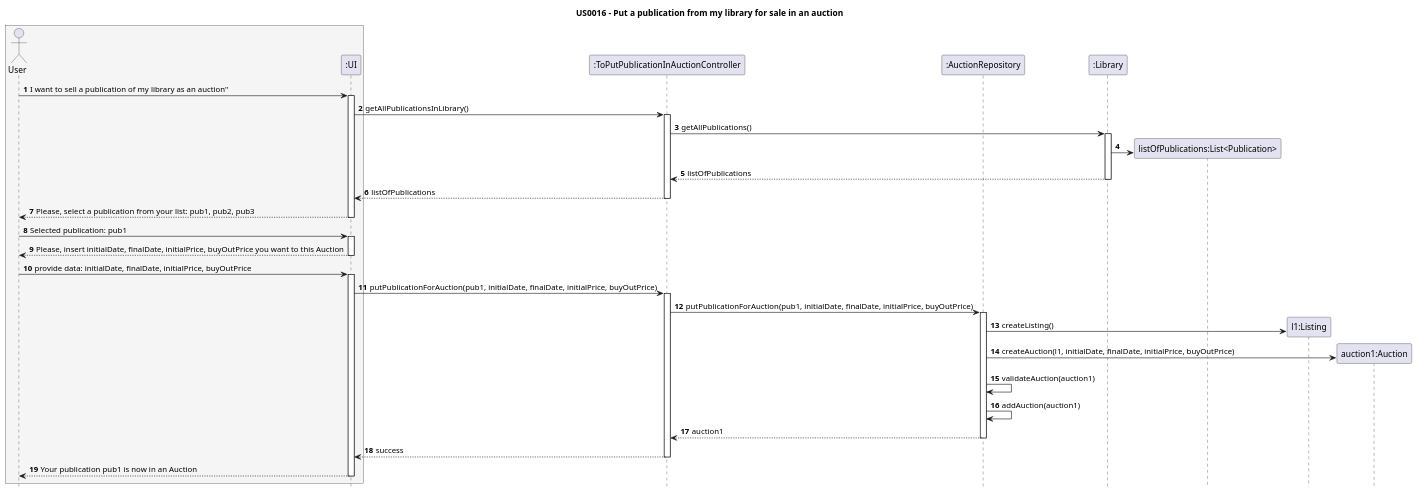
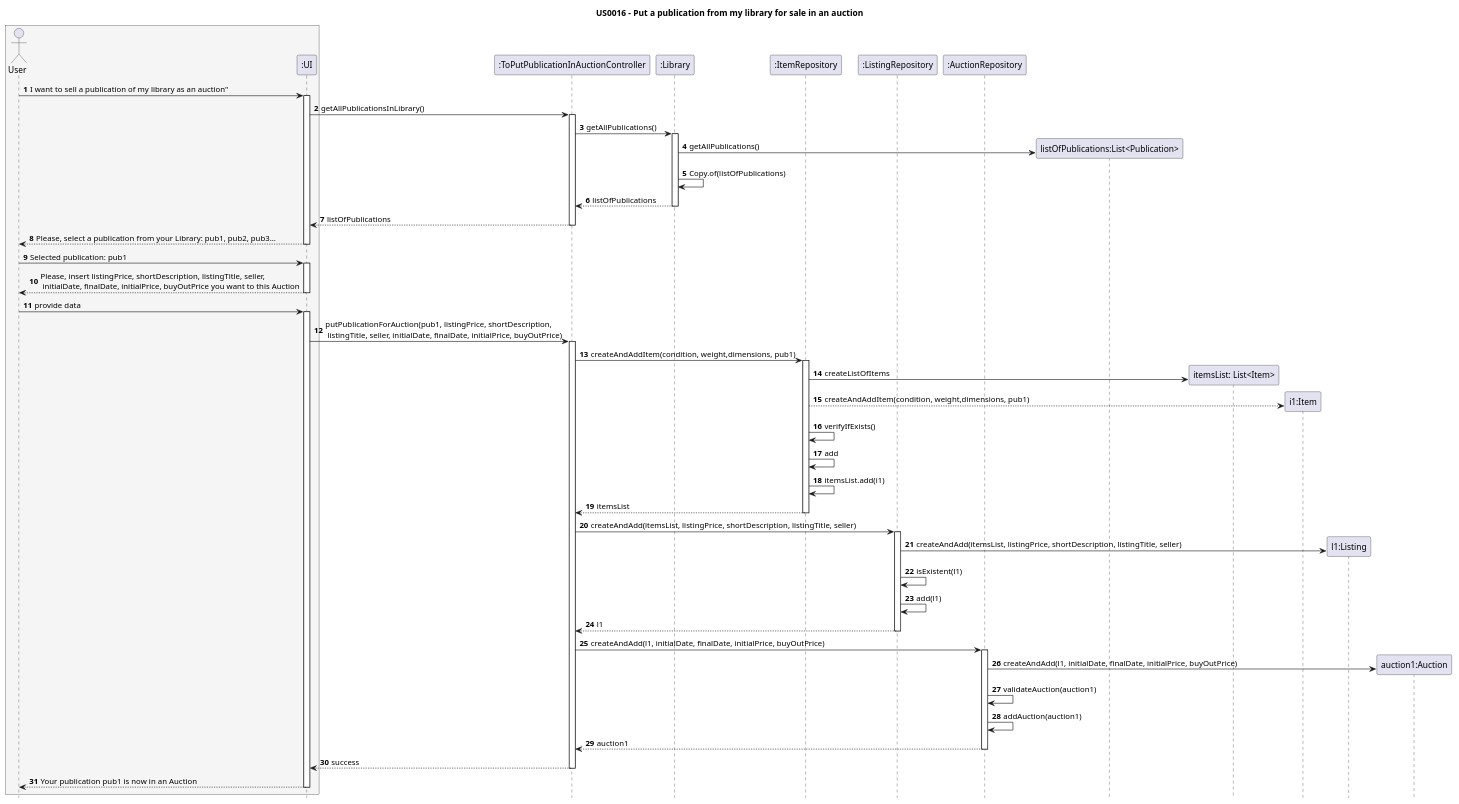
One commit to AndrePereiraGitH/SWitCH-Project-Team_A changed the diagram in Diagrams/SequenceDiagrams/N2/US016-to-put-for-sale-as-Auction-publication-in-my-library.puml. Above: the diagram before and after it, drawn with PlantUML. The commit also changed 1 other file, not shown here.

```diff
--- a/Diagrams/SequenceDiagrams/N2/US016-to-put-for-sale-as-Auction-publication-in-my-library.puml
+++ b/Diagrams/SequenceDiagrams/N2/US016-to-put-for-sale-as-Auction-publication-in-my-library.puml
@@ -1,63 +1,103 @@
 @startuml
 autonumber
 hide footbox
 title US0016 - Put a publication from my library for sale in an auction
 
 box #whitesmoke
     actor User
     participant ":UI" as UI
 end box
 
     participant ":ToPutPublicationInAuctionController" as ctrl
 
-    participant ":AuctionRepository" as AucRepo
+
 
     participant ":Library" as Lib
 
+    participant ":ItemRepository" as ItemRepo
+
+    participant ":ListingRepository" as ListingRepo
+
+    participant ":AuctionRepository" as AucRepo
 
 
 
 User -> UI : I want to sell a publication of my library as an auction"
 activate UI
+
+/' ====== GET LIST OF PUBLICATIONS IN LIBRARY ========= '/
 UI -> ctrl : getAllPublicationsInLibrary()
 activate ctrl
 ctrl -> Lib : getAllPublications()
 activate Lib
 create "listOfPublications:List<Publication>" as listPub
-Lib -> listPub
+Lib -> listPub : getAllPublications()
+
+Lib -> Lib : Copy.of(listOfPublications)
+
 Lib --> ctrl : listOfPublications
 deactivate Lib
 ctrl --> UI : listOfPublications
 deactivate ctrl
+UI --> User : Please, select a publication from your Library: pub1, pub2, pub3...
+deactivate UI
 
-UI --> User : Please, select a publication from your list: pub1, pub2, pub3
-deactivate UI
+
+/' ====== AUCTION AND LISTING REQUESTS ========= '/
+
 User -> UI : Selected publication: pub1
 activate UI
-UI --> User : Please, insert initialDate, finalDate, initialPrice, buyOutPrice you want to this Auction
+UI --> User : Please, insert listingPrice, shortDescription, listingTitle, seller,\n initialDate, finalDate, initialPrice, buyOutPrice you want to this Auction
 deactivate UI
-User -> UI : provide data: initialDate, finalDate, initialPrice, buyOutPrice
+User -> UI : provide data
 activate UI
+UI -> ctrl : putPublicationForAuction(pub1, listingPrice, shortDescription,\n listingTitle, seller, initialDate, finalDate, initialPrice, buyOutPrice)
+activate ctrl
+
+/' ====== ITEMS OF PUBLICATION ========= '/
 
 
-UI -> ctrl : putPublicationForAuction(pub1, initialDate, finalDate, initialPrice, buyOutPrice)
-activate ctrl
-ctrl -> AucRepo : putPublicationForAuction(pub1, initialDate, finalDate, initialPrice, buyOutPrice)
+ctrl -> ItemRepo : createAndAddItem(condition, weight,dimensions, pub1)
+
+activate ItemRepo
+create "itemsList: List<Item>" as itemsList
+ItemRepo -> itemsList : createListOfItems
+create "i1:Item" as i1
+ItemRepo --> i1 : createAndAddItem(condition, weight,dimensions, pub1)
+
+ItemRepo -> ItemRepo : verifyIfExists()
+ItemRepo -> ItemRepo : add
+ItemRepo -> ItemRepo : itemsList.add(i1)
+
+ItemRepo --> ctrl : itemsList
+deactivate ItemRepo
+
+/' ====== ===== LISTING ========= '/
+
+ctrl -> ListingRepo : createAndAdd(itemsList, listingPrice, shortDescription, listingTitle, seller)
+activate ListingRepo
+create "l1:Listing" as l1
+ListingRepo -> l1 : createAndAdd(itemsList, listingPrice, shortDescription, listingTitle, seller)
+ListingRepo -> ListingRepo : isExistent(l1)
+ListingRepo -> ListingRepo : add(l1)
+ListingRepo --> ctrl : l1
+deactivate ListingRepo
+
+/' ====== ===== AUCTION ========= '/
+ctrl -> AucRepo : createAndAdd(l1, initialDate, finalDate, initialPrice, buyOutPrice)
 activate AucRepo
-
-create "l1:Listing" as l1
-AucRepo -> l1 : createListing()
-
 create "auction1:Auction" as a1
-AucRepo -> a1 : createAuction(l1, initialDate, finalDate, initialPrice, buyOutPrice)
+AucRepo -> a1 : createAndAdd(l1, initialDate, finalDate, initialPrice, buyOutPrice)
 
 AucRepo -> AucRepo : validateAuction(auction1)
 AucRepo -> AucRepo : addAuction(auction1)
 AucRepo --> ctrl : auction1
 deactivate AucRepo
 
+/'========== RETURN SUCCESS ========== '/
+
 ctrl --> UI : success
 deactivate ctrl
 UI --> User : Your publication pub1 is now in an Auction
 deactivate UI
 @enduml
```
